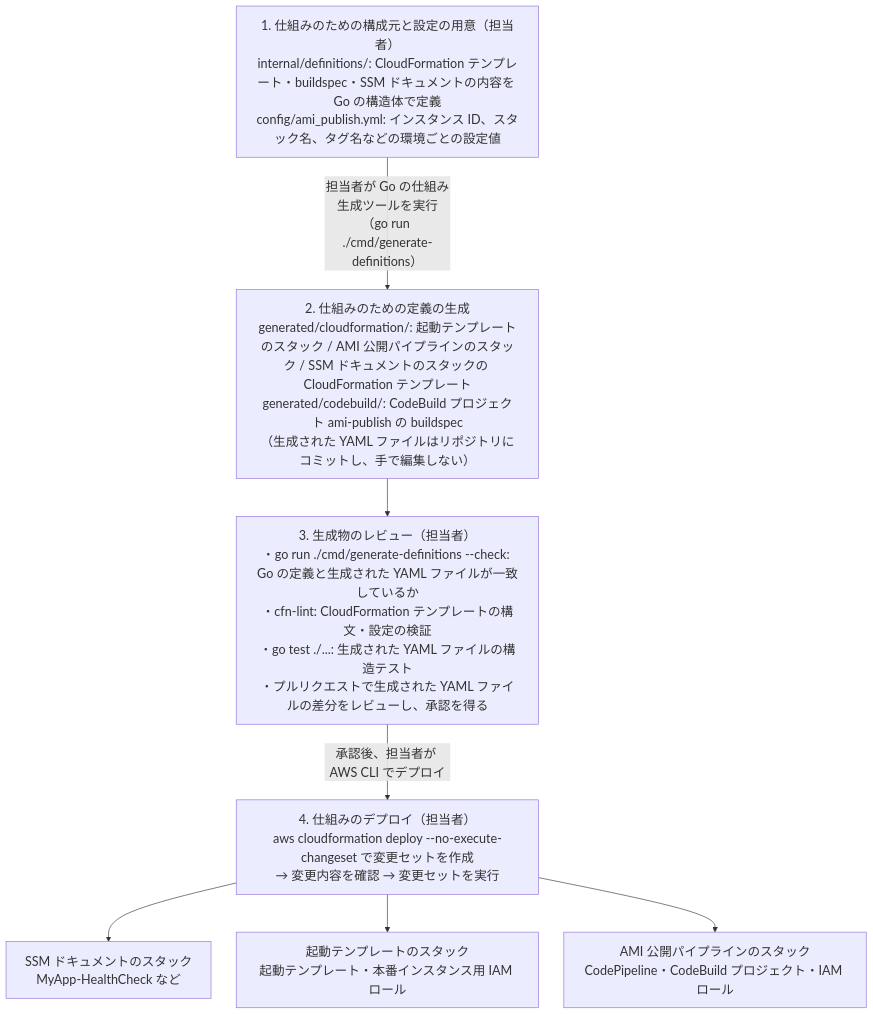
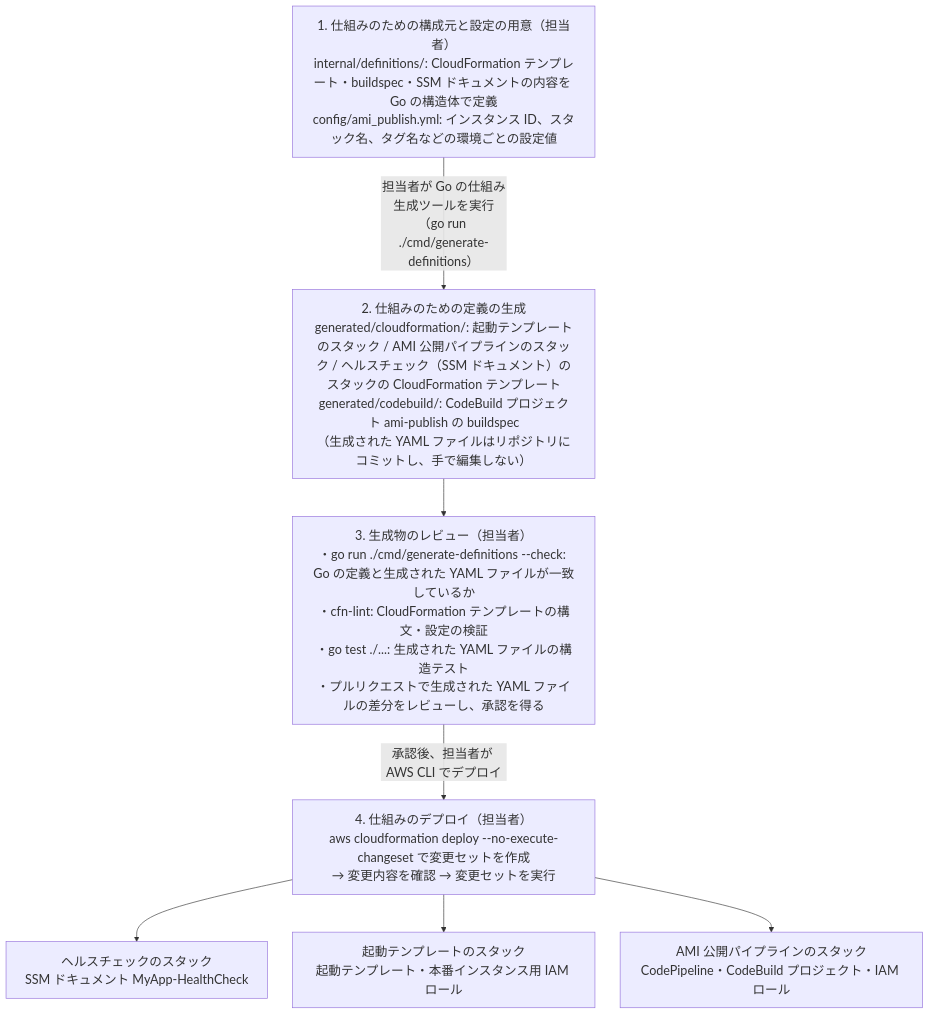
Before and after one commit to rxsxkxd/pk: the third of 5 diagrams in docs/ec2/ami-publish-development-plan.md, drawn with Mermaid. The commit also changed other lines of this file and 16 other files, not shown here.

````diff
--- a/docs/ec2/ami-publish-development-plan.md
+++ b/docs/ec2/ami-publish-development-plan.md
@@ -111,17 +111,17 @@
 ```mermaid
 %%{init: {"themeVariables": {"fontSize": "20px"}, "flowchart": {"nodeSpacing": 40, "rankSpacing": 60, "wrappingWidth": 420}}}%%
 flowchart TD
     Step1["1. 仕組みのための構成元と設定の用意（担当者）<br>internal/definitions/: CloudFormation テンプレート・buildspec・SSM ドキュメントの内容を Go の構造体で定義<br>config/ami_publish.yml: インスタンス ID、スタック名、タグ名などの環境ごとの設定値"]
     Step1 -->|"担当者が Go の仕組み生成ツールを実行（go run ./cmd/generate-definitions）"| Step2
 
-    Step2["2. 仕組みのための定義の生成<br>generated/cloudformation/: 起動テンプレートのスタック / AMI 公開パイプラインのスタック / SSM ドキュメントのスタックの CloudFormation テンプレート<br>generated/codebuild/: CodeBuild プロジェクト ami-publish の buildspec<br>（生成された YAML ファイルはリポジトリにコミットし、手で編集しない）"]
+    Step2["2. 仕組みのための定義の生成<br>generated/cloudformation/: 起動テンプレートのスタック / AMI 公開パイプラインのスタック / ヘルスチェック（SSM ドキュメント）のスタックの CloudFormation テンプレート<br>generated/codebuild/: CodeBuild プロジェクト ami-publish の buildspec<br>（生成された YAML ファイルはリポジトリにコミットし、手で編集しない）"]
     Step2 --> Step3
 
     Step3["3. 生成物のレビュー（担当者）<br>・go run ./cmd/generate-definitions --check: Go の定義と生成された YAML ファイルが一致しているか<br>・cfn-lint: CloudFormation テンプレートの構文・設定の検証<br>・go test ./...: 生成された YAML ファイルの構造テスト<br>・プルリクエストで生成された YAML ファイルの差分をレビューし、承認を得る"]
     Step3 -->|"承認後、担当者が AWS CLI でデプロイ"| Step4
 
     Step4["4. 仕組みのデプロイ（担当者）<br>aws cloudformation deploy --no-execute-changeset で変更セットを作成<br>→ 変更内容を確認 → 変更セットを実行"]
-    Step4 --> SsmDocumentsStack["SSM ドキュメントのスタック<br>MyApp-HealthCheck など"]
+    Step4 --> HealthCheckStack["ヘルスチェックのスタック<br>SSM ドキュメント MyApp-HealthCheck"]
     Step4 --> LaunchTemplateStack["起動テンプレートのスタック<br>起動テンプレート・本番インスタンス用 IAM ロール"]
     Step4 --> PipelineStack["AMI 公開パイプラインのスタック<br>CodePipeline・CodeBuild プロジェクト・IAM ロール"]
 ```
````
